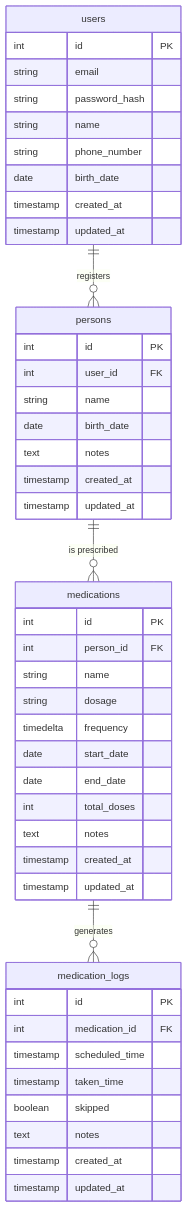
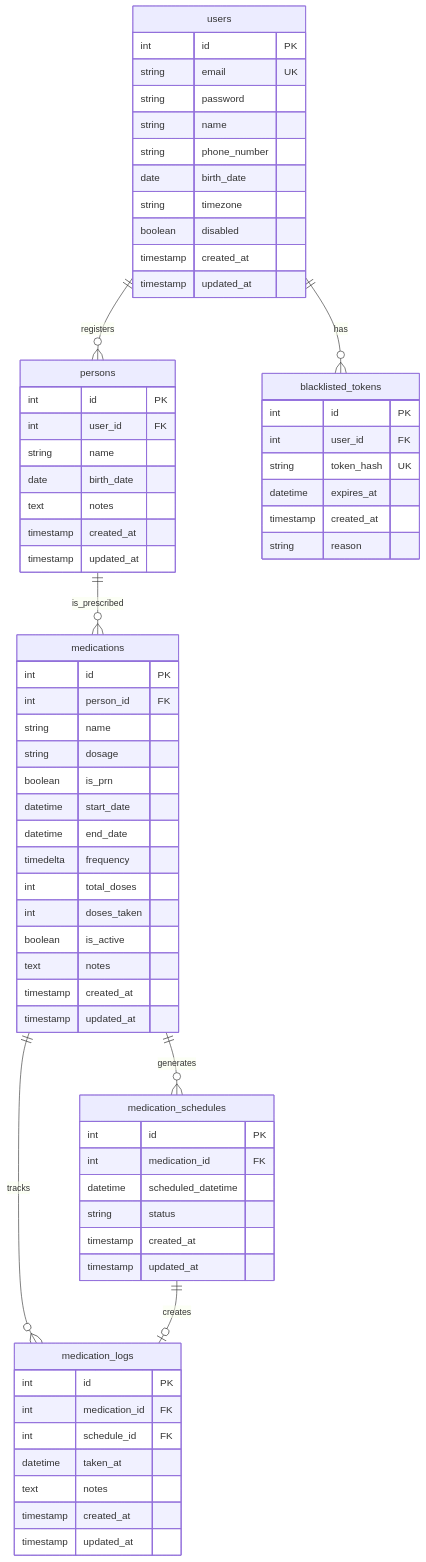
Before and after one commit to ruitcatarino/remedi: the diagram in ARCHITECTURE.md, drawn with Mermaid. The commit also changed other lines of this file, not shown here.

````diff
--- a/ARCHITECTURE.md
+++ b/ARCHITECTURE.md
@@ -7,52 +9,77 @@
 ```mermaid
 erDiagram
     users ||--o{ persons : "registers"
-    persons ||--o{ medications : "is prescribed"
-    medications ||--o{ medication_logs : "generates"
+    users ||--o{ blacklisted_tokens : "has"
+    persons ||--o{ medications : "is_prescribed"
+    medications ||--o{ medication_schedules : "generates"
+    medications ||--o{ medication_logs : "tracks"
+    medication_schedules ||--o| medication_logs : "creates"
 
     users {
         int id PK
-        string email
-        string password_hash
+        string email UK
+        string password
         string name
         string phone_number
         date birth_date
+        string timezone
+        boolean disabled
         timestamp created_at
         timestamp updated_at
     }
-    
+   
     persons {
         int id PK
         int user_id FK
         string name
         date birth_date
         text notes
         timestamp created_at
         timestamp updated_at
     }
-    
+   
     medications {
         int id PK
         int person_id FK
         string name
         string dosage
+        boolean is_prn
+        datetime start_date
+        datetime end_date
         timedelta frequency
-        date start_date
-        date end_date
         int total_doses
+        int doses_taken
+        boolean is_active
         text notes
         timestamp created_at
         timestamp updated_at
     }
-    
+   
+    medication_schedules {
+        int id PK
+        int medication_id FK
+        datetime scheduled_datetime
+        string status
+        timestamp created_at
+        timestamp updated_at
+    }
+
     medication_logs {
         int id PK
         int medication_id FK
-        timestamp scheduled_time
-        timestamp taken_time
-        boolean skipped
+        int schedule_id FK
+        datetime taken_at
         text notes
         timestamp created_at
         timestamp updated_at
     }
+
+    blacklisted_tokens {
+        int id PK
+        int user_id FK
+        string token_hash UK
+        datetime expires_at
+        timestamp created_at
+        string reason
+    }
 ```
````
